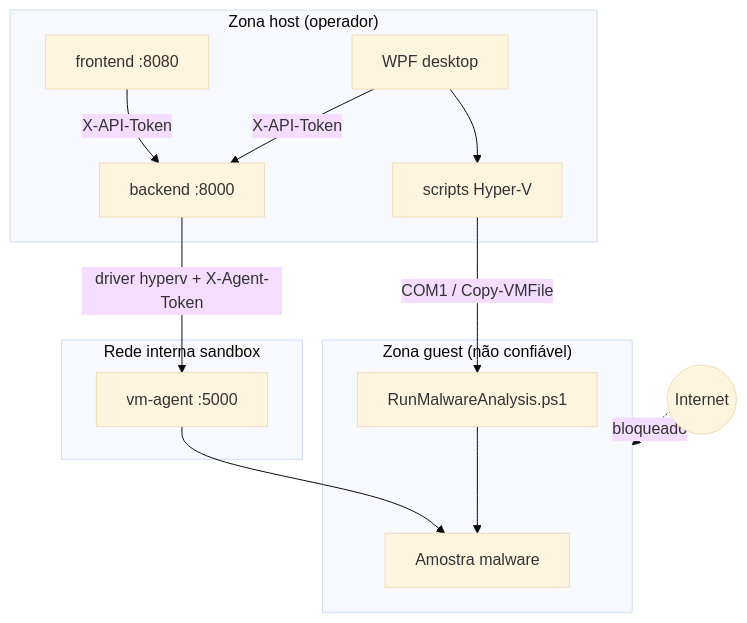
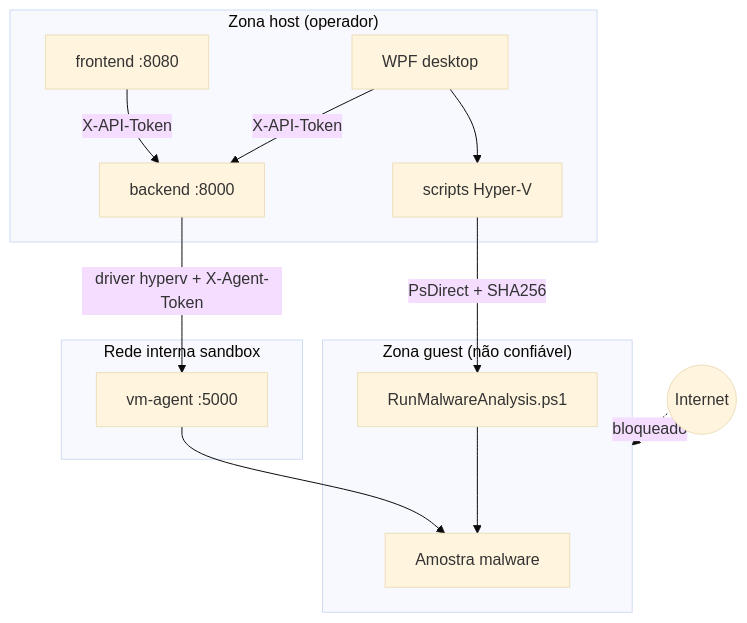
Before and after one commit to tlxp/PROJETO: the diagram in docs/SEGURANCA.md, drawn with Mermaid (base theme). The commit also changed other lines of this file and 26 other files, not shown here.

````diff
--- a/docs/SEGURANCA.md
+++ b/docs/SEGURANCA.md
@@ -41,28 +41,28 @@
 ```mermaid
 flowchart TB
     subgraph Host["Zona host (operador)"]
         WEB["frontend :8080"]
         API["backend :8000"]
         WPF["WPF desktop"]
         PS["scripts Hyper-V"]
     end
 
     subgraph Net["Rede interna sandbox"]
         VMA["vm-agent :5000"]
     end
 
     subgraph Guest["Zona guest (não confiável)"]
         SAMPLE["Amostra malware"]
         VMPS["RunMalwareAnalysis.ps1"]
     end
 
     WEB -->|X-API-Token| API
     WPF -->|X-API-Token| API
     WPF --> PS
     API -->|driver hyperv + X-Agent-Token| VMA
-    PS -->|COM1 / Copy-VMFile| VMPS
+    PS -->|PsDirect + SHA256| VMPS
     VMA --> SAMPLE
     VMPS --> SAMPLE
 
     Internet((Internet)) -.->|bloqueado| Guest
 ```
````
